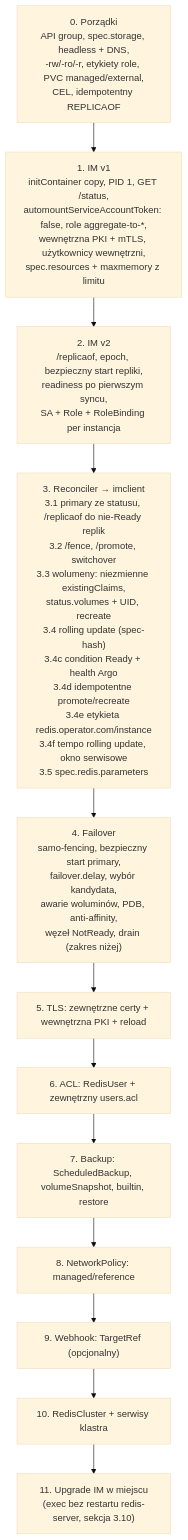
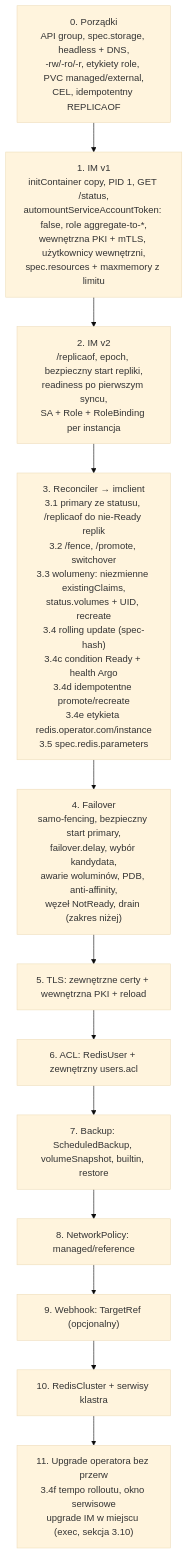
Before and after one commit to MrPickle311/redis-operator: the ninth of 9 diagrams in redis-operator-master-plan.md, drawn with Mermaid (base theme). The commit also changed other lines of this file and 5 other files, not shown here.

Commit message:
Add `parameters`, `persistence`, and `startup` for Redis customization without restarts; include validations, tests, and operational safeguards.

````diff
--- a/redis-operator-master-plan.md
+++ b/redis-operator-master-plan.md
@@ -935,16 +977,16 @@
 ```mermaid
 graph TD
     S0["0. Porządki<br/>API group, spec.storage, headless + DNS,<br/>-rw/-ro/-r, etykiety role, PVC managed/external,<br/>CEL, idempotentny REPLICAOF"]
     S1["1. IM v1<br/>initContainer copy, PID 1, GET /status,<br/>automountServiceAccountToken: false, role aggregate-to-*,<br/>wewnętrzna PKI + mTLS, użytkownicy wewnętrzni,<br/>spec.resources + maxmemory z limitu"]
     S2["2. IM v2<br/>/replicaof, epoch, bezpieczny start repliki,<br/>readiness po pierwszym syncu,<br/>SA + Role + RoleBinding per instancja"]
-    S3["3. Reconciler → imclient<br/>3.1 primary ze statusu, /replicaof do nie-Ready replik<br/>3.2 /fence, /promote, switchover<br/>3.3 wolumeny: niezmienne existingClaims,<br/>status.volumes + UID, recreate<br/>3.4 rolling update (spec-hash)<br/>3.4c condition Ready + health Argo<br/>3.4d idempotentne promote/recreate<br/>3.4e etykieta redis.operator.com/instance<br/>3.4f tempo rolling update, okno serwisowe<br/>3.5 spec.redis.parameters"]
+    S3["3. Reconciler → imclient<br/>3.1 primary ze statusu, /replicaof do nie-Ready replik<br/>3.2 /fence, /promote, switchover<br/>3.3 wolumeny: niezmienne existingClaims,<br/>status.volumes + UID, recreate<br/>3.4 rolling update (spec-hash)<br/>3.4c condition Ready + health Argo<br/>3.4d idempotentne promote/recreate<br/>3.4e etykieta redis.operator.com/instance<br/>3.5 spec.redis.parameters"]
     S4["4. Failover<br/>samo-fencing, bezpieczny start primary,<br/>failover.delay, wybór kandydata,<br/>awarie woluminów, PDB, anti-affinity,<br/>węzeł NotReady, drain (zakres niżej)"]
     S5["5. TLS: zewnętrzne certy + wewnętrzna PKI + reload"]
     S6["6. ACL: RedisUser + zewnętrzny users.acl"]
     S7["7. Backup: ScheduledBackup, volumeSnapshot, builtin, restore"]
     S8["8. NetworkPolicy: managed/reference"]
     S9["9. Webhook: TargetRef (opcjonalny)"]
     S10["10. RedisCluster + serwisy klastra"]
-    S11["11. Upgrade IM w miejscu<br/>(exec bez restartu redis-server, sekcja 3.10)"]
+    S11["11. Upgrade operatora bez przerw<br/>3.4f tempo rolloutu, okno serwisowe<br/>upgrade IM w miejscu (exec, sekcja 3.10)"]
     S0 --> S1 --> S2 --> S3 --> S4 --> S5 --> S6 --> S7 --> S8 --> S9 --> S10 --> S11
 ```
````
